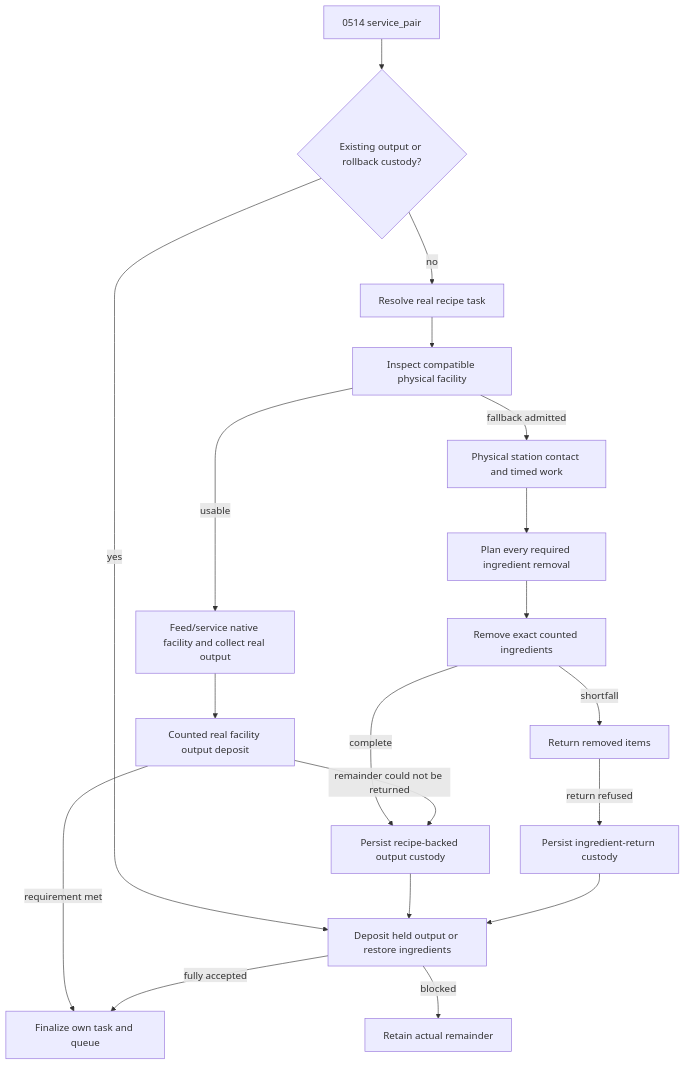
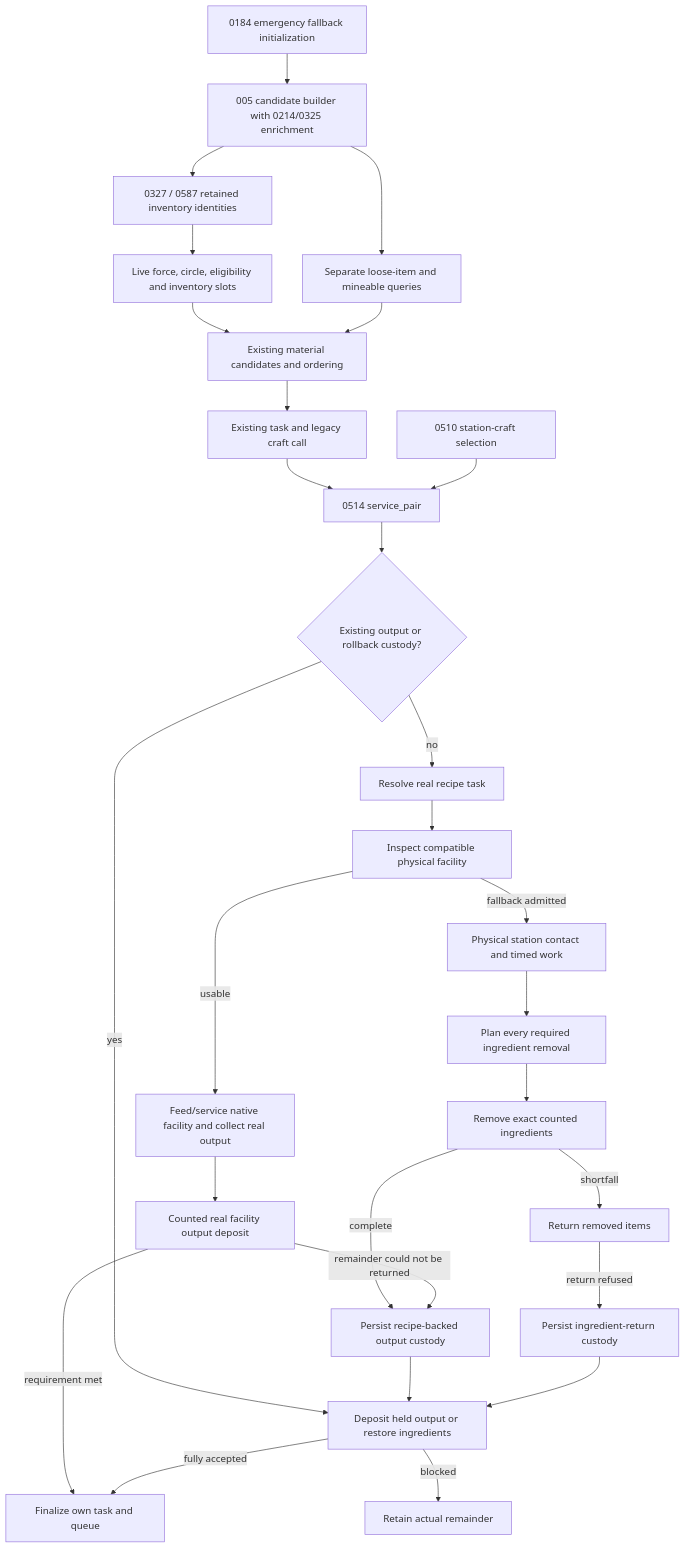
One commit to mrcalzon02/Tech-Priests changed the diagram in docs/BEHAVIOR_MERMAID_FUNCTION_DRILLDOWN_0670_EMERGENCY_PRODUCTION.md. Above: the diagram before and after it, drawn with Mermaid. The commit also changed other lines of this file and 36 other files, not shown here.

````diff
--- a/docs/BEHAVIOR_MERMAID_FUNCTION_DRILLDOWN_0670_EMERGENCY_PRODUCTION.md
+++ b/docs/BEHAVIOR_MERMAID_FUNCTION_DRILLDOWN_0670_EMERGENCY_PRODUCTION.md
@@ -15,21 +15,30 @@
 ```mermaid
 flowchart TD
+    Fallback["0184 emergency fallback initialization"] --> Candidates["005 candidate builder with 0214/0325 enrichment"]
+    Candidates --> Membership["0327 / 0587 retained inventory identities"]
+    Membership --> Live["Live force, circle, eligibility and inventory slots"]
+    Candidates --> OtherSources["Separate loose-item and mineable queries"]
+    Live --> Prepared["Existing material candidates and ordering"]
+    OtherSources --> Prepared
+    Prepared --> Legacy["Existing task and legacy craft call"]
+    Legacy --> Entry
+    Dispatcher["0510 station-craft selection"] --> Entry
     Entry["0514 service_pair"] --> Held{"Existing output or rollback custody?"}
     Held -->|"yes"| Reconcile["Deposit held output or restore ingredients"]
     Held -->|"no"| Task["Resolve real recipe task"]
     Task --> Facility["Inspect compatible physical facility"]
     Facility -->|"usable"| Native["Feed/service native facility and collect real output"]
     Facility -->|"fallback admitted"| Contact["Physical station contact and timed work"]
     Contact --> Plan["Plan every required ingredient removal"]
     Plan --> Remove["Remove exact counted ingredients"]
     Remove -->|"shortfall"| Rollback["Return removed items"]
     Rollback -->|"return refused"| HeldIngredients["Persist ingredient-return custody"]
     Remove -->|"complete"| Output["Persist recipe-backed output custody"]
     Native --> Accepted["Counted real facility output deposit"]
     Accepted -->|"remainder could not be returned"| Output
     Accepted -->|"requirement met"| Terminal
     Output --> Reconcile
     HeldIngredients --> Reconcile
     Reconcile -->|"fully accepted"| Terminal["Finalize own task and queue"]
     Reconcile -->|"blocked"| Retry["Retain actual remainder"]
 ```
````
